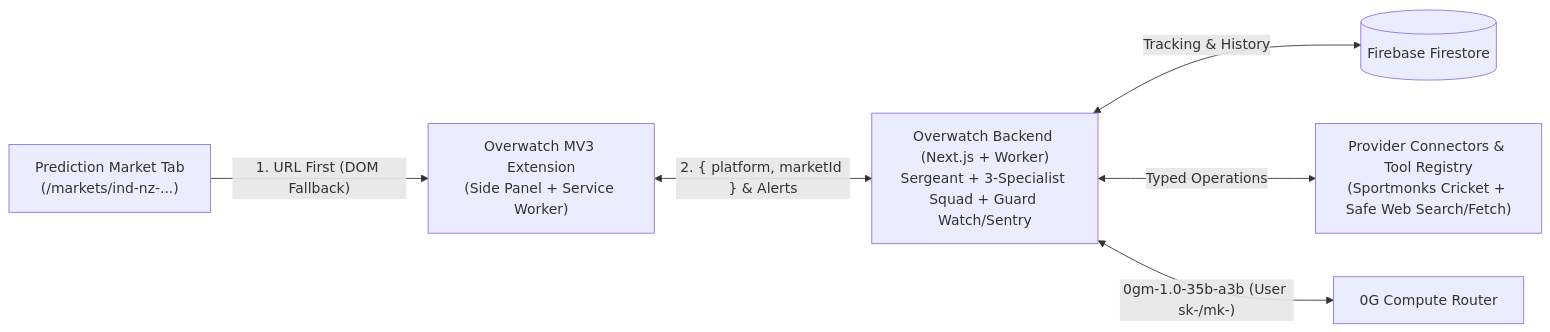
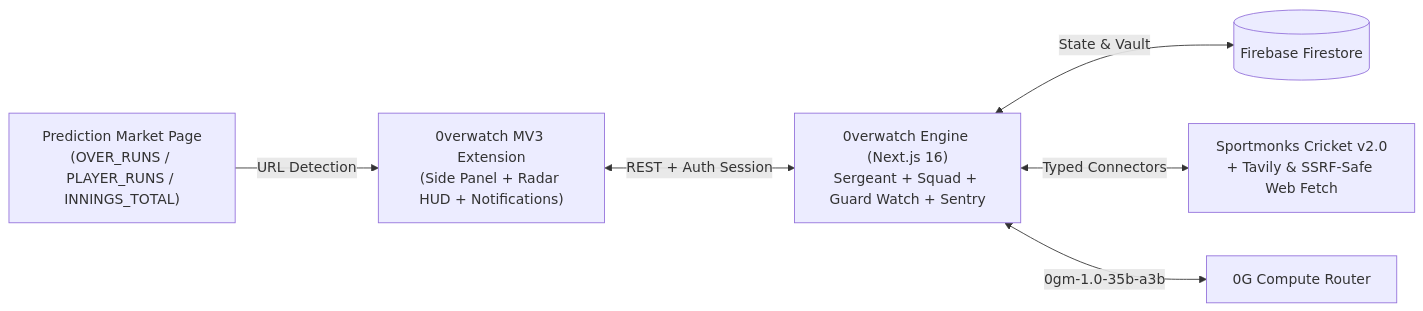
One commit to ebok21/0verwatch changed the diagram in docs/WHITEPAPER.md. Above: the diagram before and after it, drawn with Mermaid. The commit also changed other lines of this file and 4 other files, not shown here.

````diff
--- a/docs/WHITEPAPER.md
+++ b/docs/WHITEPAPER.md
@@ -78,8 +21,8 @@
 ```mermaid
 flowchart LR
-    Page["Prediction Market Tab<br/>(/markets/ind-nz-...)"] -->|"1. URL First (DOM Fallback)"| Ext["Overwatch MV3 Extension<br/>(Side Panel + Service Worker)"]
-    Ext <-->|"2. { platform, marketId } & Alerts"| Backend["Overwatch Backend (Next.js + Worker)<br/>Sergeant + 3-Specialist Squad + Guard Watch/Sentry"]
-    Backend <-->|"Tracking & History"| DB[("Firebase Firestore")]
-    Backend <-->|"Typed Operations"| Tools["Provider Connectors & Tool Registry<br/>(Sportmonks Cricket + Safe Web Search/Fetch)"]
-    Backend <-->|"0gm-1.0-35b-a3b (User sk-/mk-)"| ZeroG["0G Compute Router"]
+    Market["Prediction Market Page<br/>(OVER_RUNS / PLAYER_RUNS / INNINGS_TOTAL)"] -->|"URL Detection"| Ext["0verwatch MV3 Extension<br/>(Side Panel + Radar HUD + Notifications)"]
+    Ext <-->|"REST + Auth Session"| Backend["0verwatch Engine (Next.js 16)<br/>Sergeant + Squad + Guard Watch + Sentry"]
+    Backend <-->|"State & Vault"| DB[("Firebase Firestore")]
+    Backend <-->|"Typed Connectors"| Tools["Sportmonks Cricket v2.0<br/>+ Tavily & SSRF-Safe Web Fetch"]
+    Backend <-->|"0gm-1.0-35b-a3b"| ZeroG["0G Compute Router"]
 ```
````
